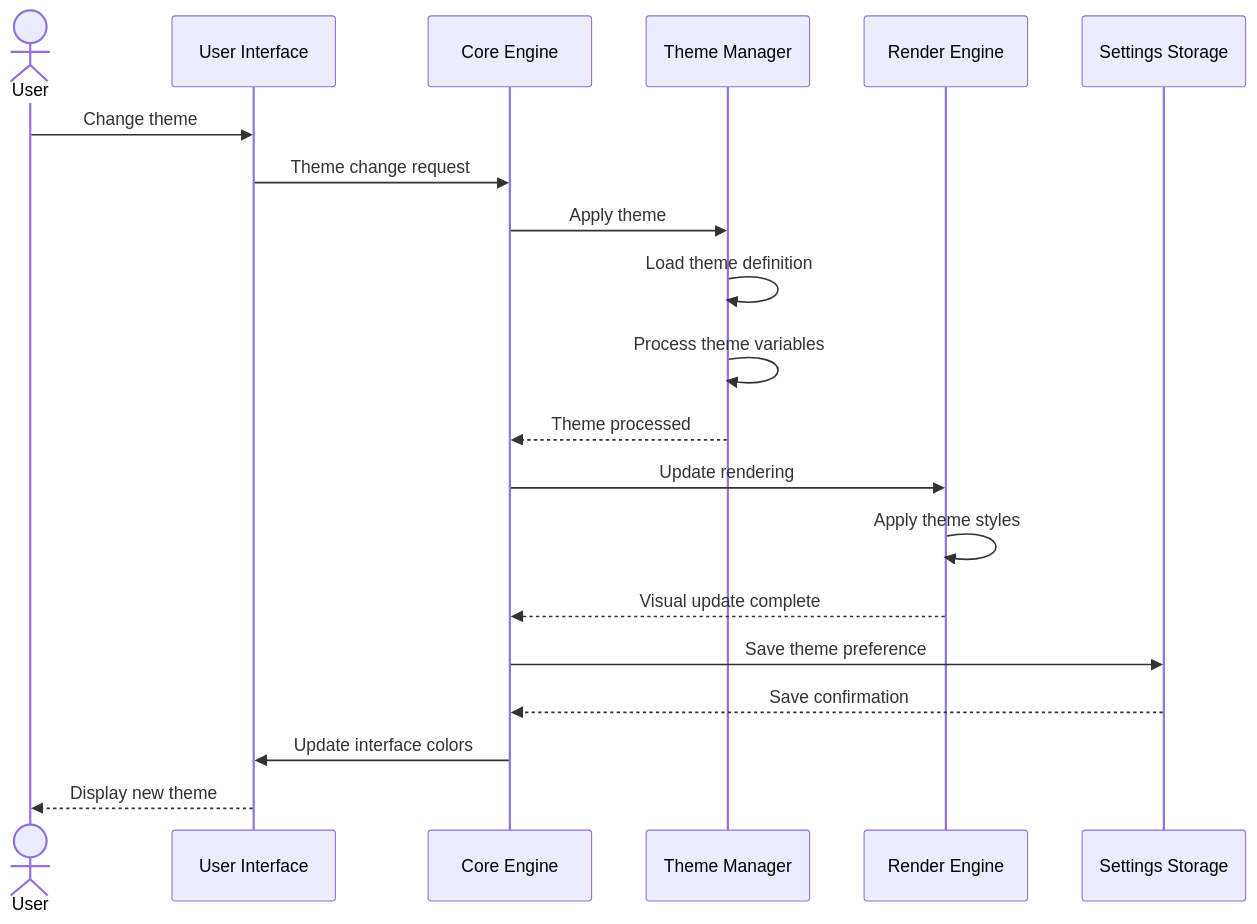
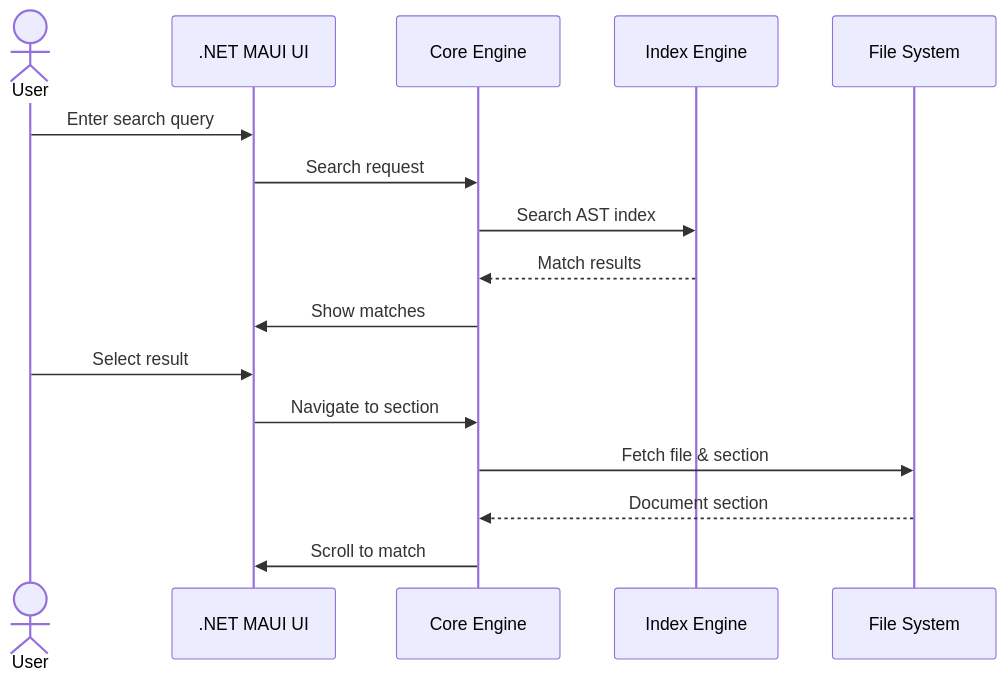
One commit to Cadtastic/MarkDocSuite changed the second of 5 diagrams in MarkDocViewer/markdocviewer-process-flows.md. Above: the diagram before and after it, drawn with Mermaid. The commit also changed other lines of this file and 26 other files, not shown here.

````diff
--- a/MarkDocViewer/markdocviewer-process-flows.md
+++ b/MarkDocViewer/markdocviewer-process-flows.md
@@ -313,27 +33,19 @@
 ```mermaid
 sequenceDiagram
     actor User
-    participant UI as User Interface
+    participant UI as .NET MAUI UI
     participant Core as Core Engine
-    participant TM as Theme Manager
-    participant RE as Render Engine
-    participant Store as Settings Storage
-    
-    User->>UI: Change theme
-    UI->>Core: Theme change request
-    Core->>TM: Apply theme
-    
-    TM->>TM: Load theme definition
-    TM->>TM: Process theme variables
-    TM-->>Core: Theme processed
-    
-    Core->>RE: Update rendering
-    RE->>RE: Apply theme styles
-    RE-->>Core: Visual update complete
-    
-    Core->>Store: Save theme preference
-    Store-->>Core: Save confirmation
-    
-    Core->>UI: Update interface colors
-    UI-->>User: Display new theme
+    participant Index as Index Engine
+    participant FS as File System
+
+    User->>UI: Enter search query
+    UI->>Core: Search request
+    Core->>Index: Search AST index
+    Index-->>Core: Match results
+    Core->>UI: Show matches
+    User->>UI: Select result
+    UI->>Core: Navigate to section
+    Core->>FS: Fetch file & section
+    FS-->>Core: Document section
+    Core->>UI: Scroll to match
 ```
````
